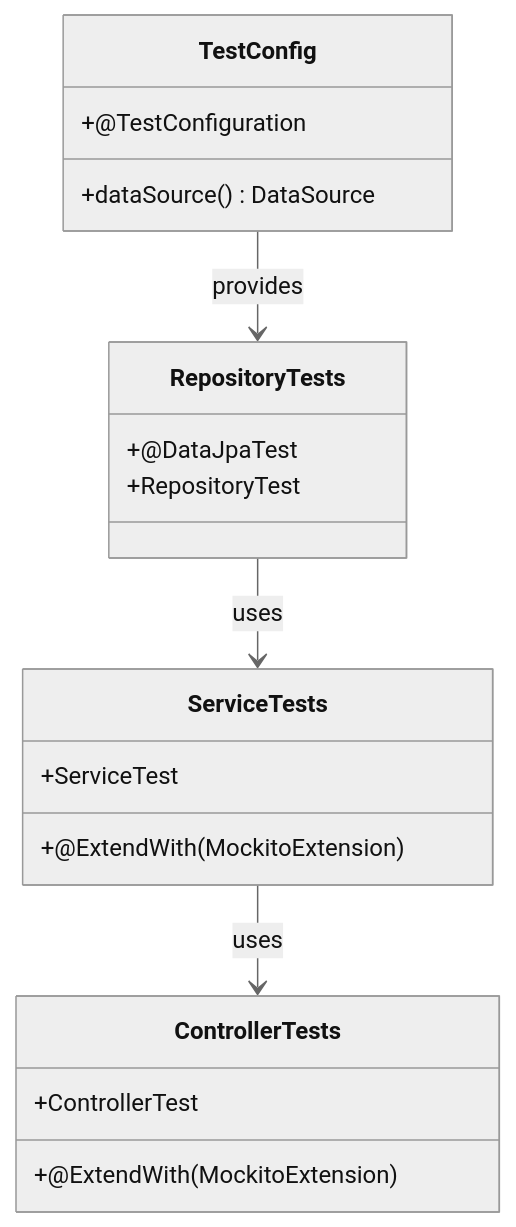
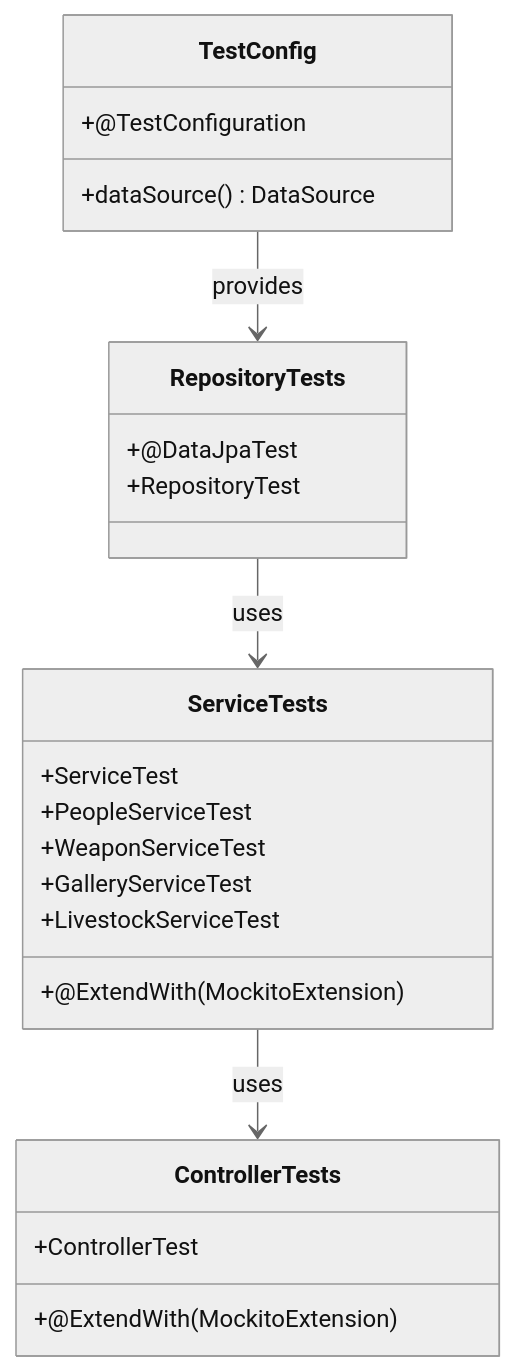
Diagram 12 of 13 in README.md (Vinskao/ty-multiverse-backend), drawn with Mermaid (neutral theme) before and after one commit. The commit also changed other lines of this file and 7 other files, not shown here.

````diff
--- a/README.md
+++ b/README.md
@@ -414,26 +587,30 @@
 ```mermaid
 classDiagram
     class TestConfig {
         +@TestConfiguration
         +dataSource() DataSource
     }
     
     class RepositoryTests {
         +@DataJpaTest
         +RepositoryTest
     }
     
     class ServiceTests {
         +@ExtendWith(MockitoExtension)
         +ServiceTest
+        +PeopleServiceTest
+        +WeaponServiceTest
+        +GalleryServiceTest
+        +LivestockServiceTest
     }
     
     class ControllerTests {
         +@ExtendWith(MockitoExtension)
         +ControllerTest
     }
     
     TestConfig --> RepositoryTests : provides
     RepositoryTests --> ServiceTests : uses
     ServiceTests --> ControllerTests : uses
 ```
````
